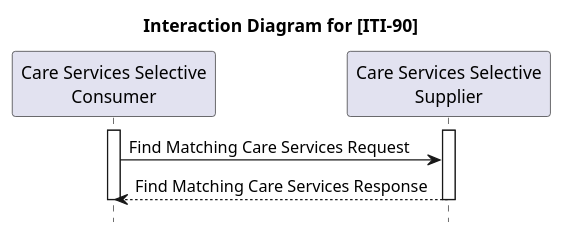
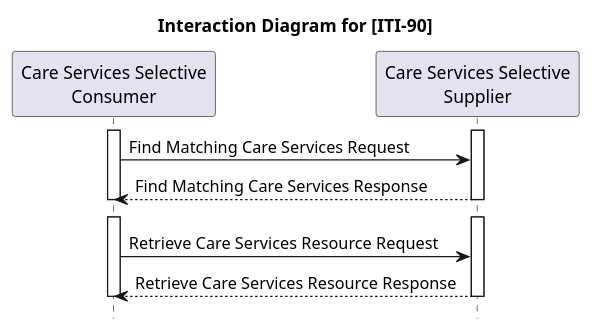
Before and after one commit to ehealthsuisse/ch-epr-fhir: the diagram in input/images-source/mCSD_ActorDiagram_ITI-90.plantuml, drawn with PlantUML. The commit also changed 6 other files, not shown here.

```diff
--- a/input/images-source/mCSD_ActorDiagram_ITI-90.plantuml
+++ b/input/images-source/mCSD_ActorDiagram_ITI-90.plantuml
@@ -1,16 +1,24 @@
 @startuml
 hide footbox
 
 title Interaction Diagram for [ITI-90]
 
 participant "Care Services Selective\nConsumer" as Client
 participant "Care Services Selective\nSupplier" as Server
 
 activate Client
 activate Server
 Client -> Server : Find Matching Care Services Request
 Server --> Client : Find Matching Care Services Response
+deactivate Client
+deactivate Server
+
+Client -[hidden]> Server
+activate Client
+activate Server
+Client -> Server : Retrieve Care Services Resource Request
+Server --> Client : Retrieve Care Services Resource Response
 deactivate Server
 deactivate Client
 
 @enduml
```
